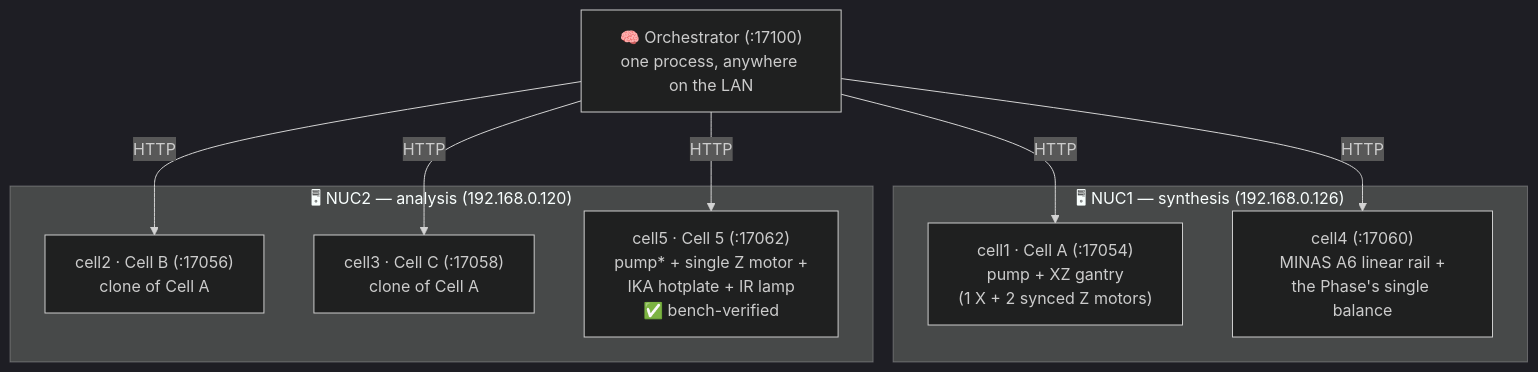
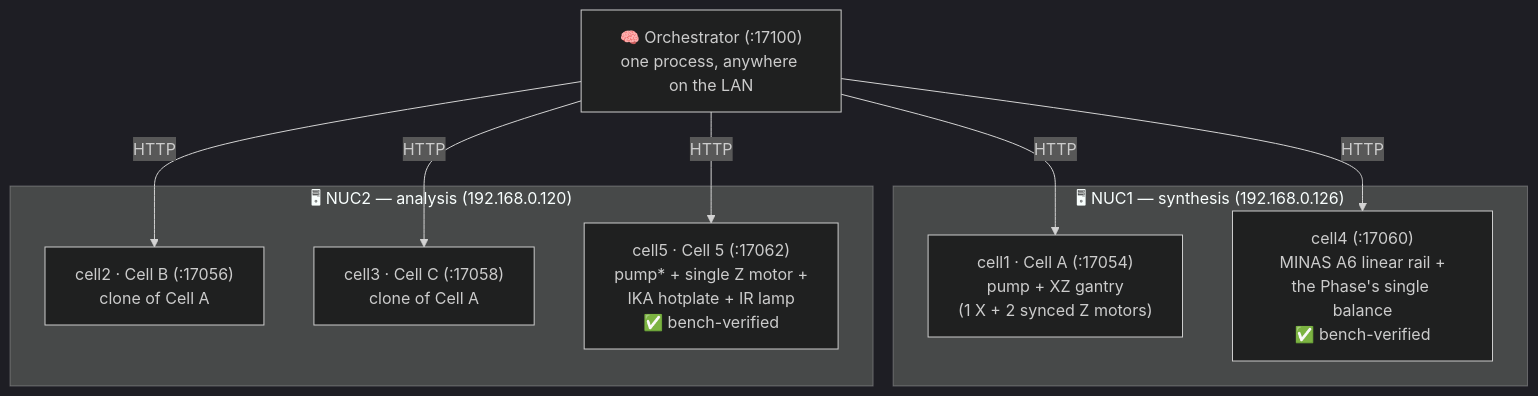
Before and after one commit to coport-uni/InnoCORESDL_Sungwoo: the second of 4 diagrams in README.md, drawn with Mermaid (dark theme). The commit also changed other lines of this file, not shown here.

First line of the commit message:
docs(readme): mark cell4 bench-verified, and drop a stale table my merge left

````diff
--- a/README.md
+++ b/README.md
@@ -34,20 +34,20 @@
 ```mermaid
 graph TB
     subgraph NUC1["🖥 NUC1 — synthesis (192.168.0.126)"]
         C1["cell1 · Cell A (:17054)<br/>pump + XZ gantry<br/>(1 X + 2 synced Z motors)"]
-        C4["cell4 (:17060)<br/>MINAS A6 linear rail +<br/>the Phase's single balance"]
+        C4["cell4 (:17060)<br/>MINAS A6 linear rail +<br/>the Phase's single balance<br/>✅ bench-verified"]
     end
 
     subgraph NUC2["🖥 NUC2 — analysis (192.168.0.120)"]
         C2["cell2 · Cell B (:17056)<br/>clone of Cell A"]
         C3["cell3 · Cell C (:17058)<br/>clone of Cell A"]
         C5["cell5 · Cell 5 (:17062)<br/>pump* + single Z motor +<br/>IKA hotplate + IR lamp<br/>✅ bench-verified"]
     end
 
     ORCH["🧠 Orchestrator (:17100)<br/>one process, anywhere on the LAN"]
     ORCH -->|HTTP| C1
     ORCH -->|HTTP| C4
     ORCH -->|HTTP| C2
     ORCH -->|HTTP| C3
     ORCH -->|HTTP| C5
 ```
````
